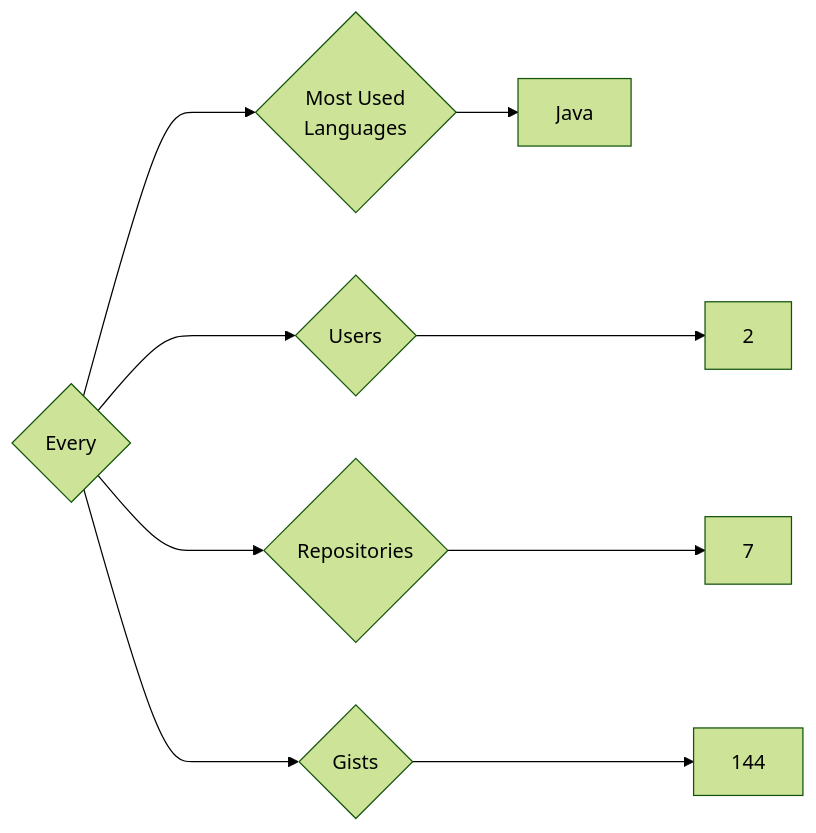
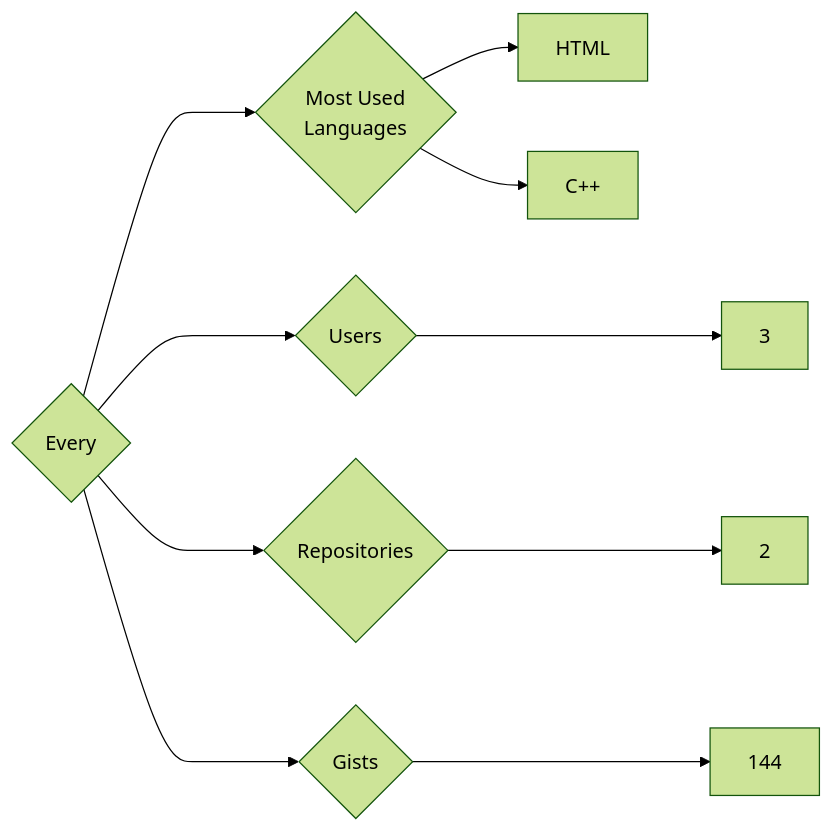
One commit to trickest/insiders changed the diagram in targets/Every/README.md. Above: the diagram before and after it, drawn with Mermaid (forest theme). The commit also changed 815 other files, not shown here.

````diff
--- a/targets/Every/README.md
+++ b/targets/Every/README.md
@@ -3,9 +3,10 @@
 ```mermaid
 graph LR
 COMPANY_NAME{Every}
-COMPANY_NAME ---> U{Users} ---> UN[2]
-COMPANY_NAME ---> R{Repositories} ---> RN[7]
+COMPANY_NAME ---> U{Users} ---> UN[3]
+COMPANY_NAME ---> R{Repositories} ---> RN[2]
 COMPANY_NAME ---> G{Gists} ---> GN[144]
 COMPANY_NAME ---> ML{Most Used<br>Languages}
-ML --> Java[Java]
+ML --> HTML[HTML]
+ML --> C++[C++]
 ```
````
